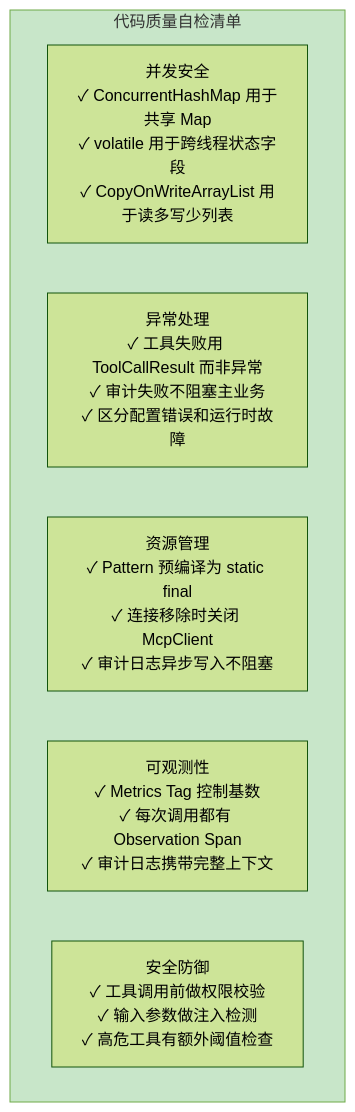
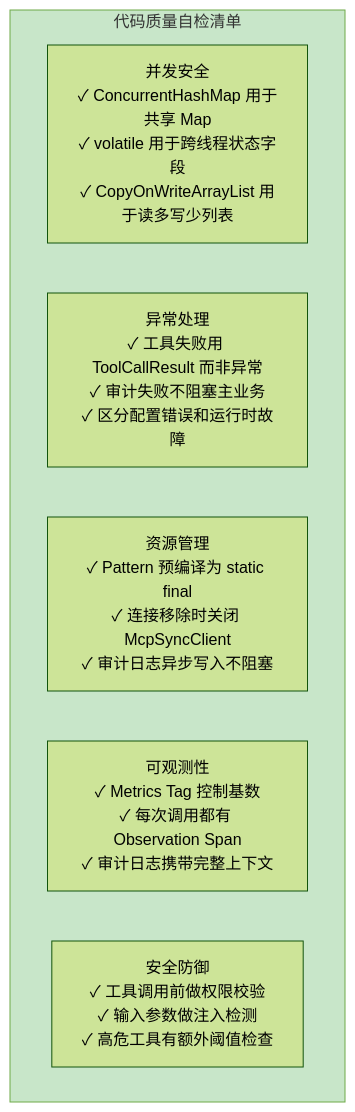
Diagram 17 of 17 in docs/项目/03-MCP工具网关/04-核心代码讲解.md (UranusGit/java-agent-learn), drawn with Mermaid (forest theme) before and after one commit. The commit also changed other lines of this file and 206 other files, not shown here.

````diff
--- a/docs/项目/03-MCP工具网关/04-核心代码讲解.md
+++ b/docs/项目/03-MCP工具网关/04-核心代码讲解.md
@@ -792,12 +1004,12 @@
 ```mermaid
 graph TB
     subgraph 自检["代码质量自检清单"]
         Q1["并发安全<br/>✓ ConcurrentHashMap 用于共享 Map<br/>✓ volatile 用于跨线程状态字段<br/>✓ CopyOnWriteArrayList 用于读多写少列表"]
         Q2["异常处理<br/>✓ 工具失败用 ToolCallResult 而非异常<br/>✓ 审计失败不阻塞主业务<br/>✓ 区分配置错误和运行时故障"]
-        Q3["资源管理<br/>✓ Pattern 预编译为 static final<br/>✓ 连接移除时关闭 McpClient<br/>✓ 审计日志异步写入不阻塞"]
+        Q3["资源管理<br/>✓ Pattern 预编译为 static final<br/>✓ 连接移除时关闭 McpSyncClient<br/>✓ 审计日志异步写入不阻塞"]
         Q4["可观测性<br/>✓ Metrics Tag 控制基数<br/>✓ 每次调用都有 Observation Span<br/>✓ 审计日志携带完整上下文"]
         Q5["安全防御<br/>✓ 工具调用前做权限校验<br/>✓ 输入参数做注入检测<br/>✓ 高危工具有额外阈值检查"]
     end
 
     style 自检 fill:#c8e6c9
 ```
````
